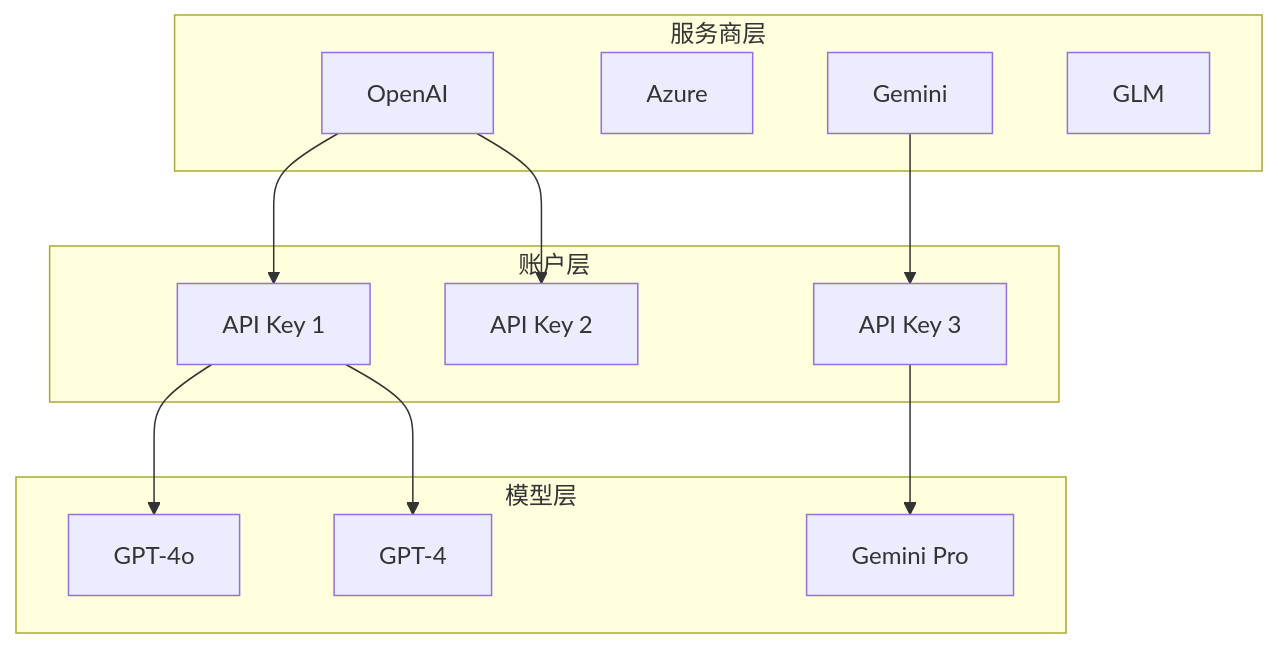
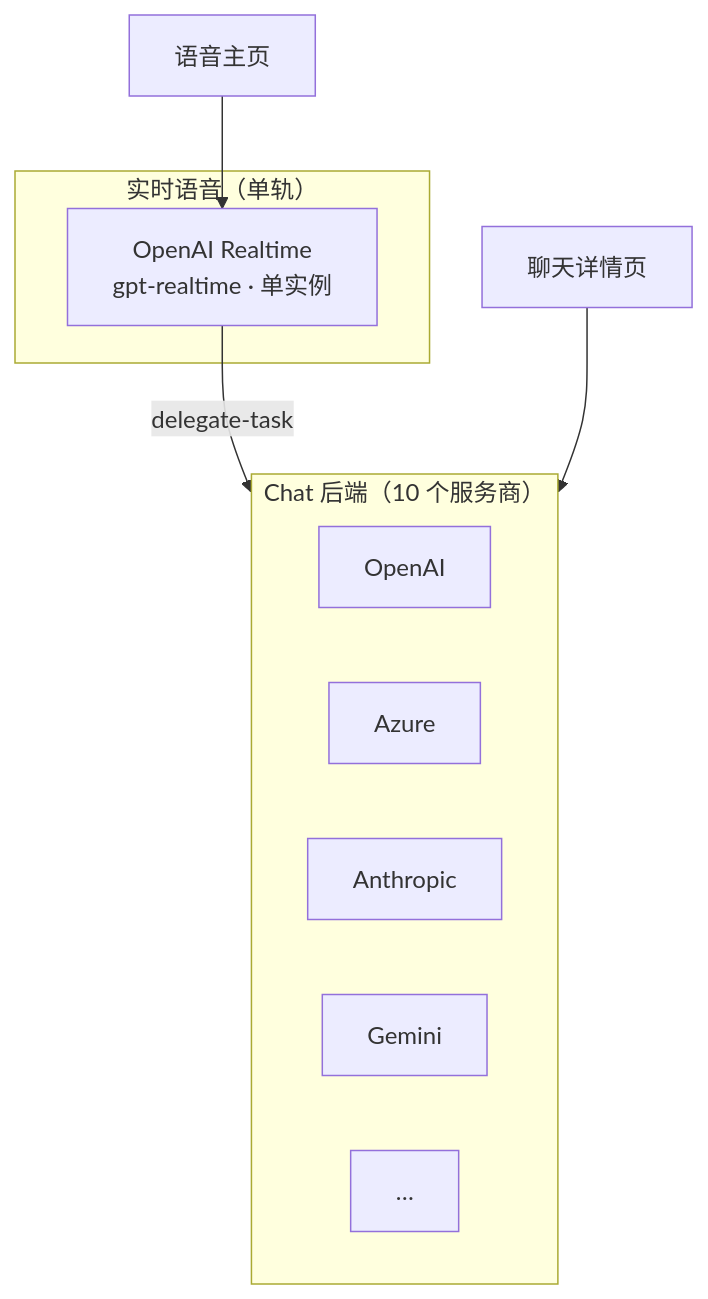
One commit to openrocky/openrocky.github.io changed the fourth of 4 diagrams in i18n/zh-Hans/docusaurus-plugin-content-docs/current/architecture.md. Above: the diagram before and after it, drawn with Mermaid. The commit also changed other lines of this file and 7 other files, not shown here.

First line of the commit message:
docs: sync to single-track voice architecture

````diff
--- a/i18n/zh-Hans/docusaurus-plugin-content-docs/current/architecture.md
+++ b/i18n/zh-Hans/docusaurus-plugin-content-docs/current/architecture.md
@@ -122,28 +136,18 @@
 ```mermaid
 graph TD
-    subgraph Providers["服务商层"]
-        P1["OpenAI"]
-        P2["Azure"]
-        P3["Gemini"]
-        P4["GLM"]
+    subgraph Voice["实时语音（单轨）"]
+        RT["OpenAI Realtime<br/>gpt-realtime · 单实例"]
     end
 
-    subgraph Accounts["账户层"]
-        A1["API Key 1"]
-        A2["API Key 2"]
-        A3["API Key 3"]
+    subgraph Chat["Chat 后端（10 个服务商）"]
+        C1["OpenAI"]
+        C2["Azure"]
+        C3["Anthropic"]
+        C4["Gemini"]
+        C5["…"]
     end
 
-    subgraph Models["模型层"]
-        M1["GPT-4o"]
-        M2["GPT-4"]
-        M3["Gemini Pro"]
-    end
-
-    P1 --> A1
-    P1 --> A2
-    P3 --> A3
-    A1 --> M1
-    A1 --> M2
-    A3 --> M3
+    Home["语音主页"] --> RT
+    RT -->|delegate-task| Chat
+    ChatScreen["聊天详情页"] --> Chat
 ```
````
